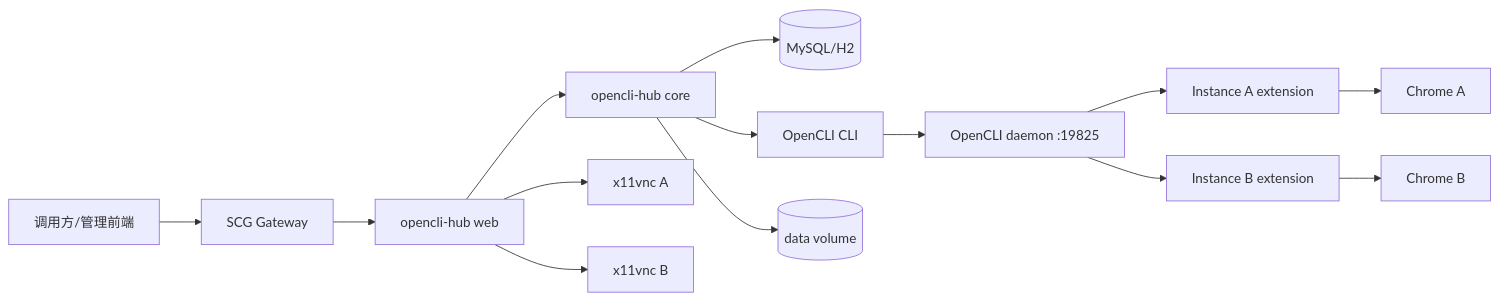
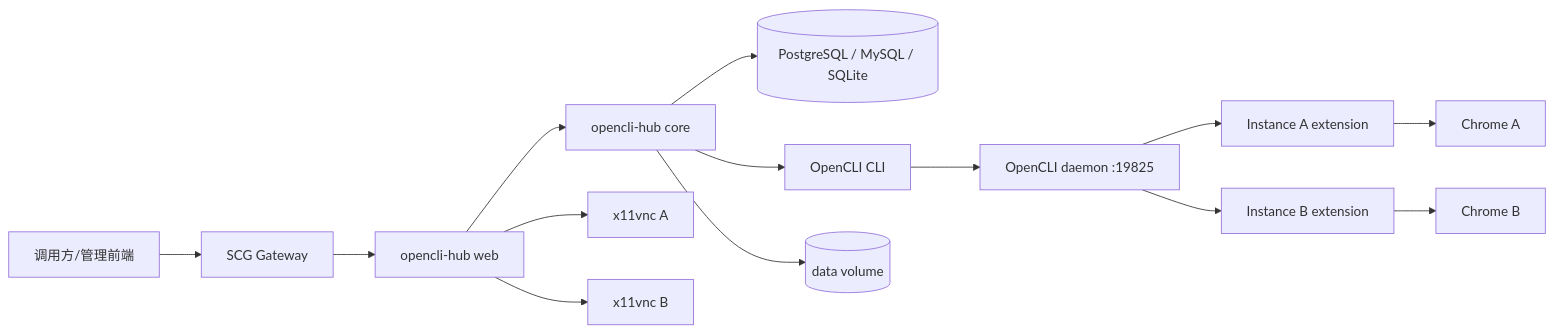
One commit to fengwk/opencli-hub changed the first of 3 diagrams in docs/technical-design.md. Above: the diagram before and after it, drawn with Mermaid. The commit also changed other lines of this file and 10 other files, not shown here.

````diff
--- a/docs/technical-design.md
+++ b/docs/technical-design.md
@@ -83,16 +83,16 @@
 ```mermaid
 flowchart LR
     Client[调用方/管理前端] --> SCG[SCG Gateway]
     SCG --> Web[opencli-hub web]
     Web --> Core[opencli-hub core]
-    Core --> DB[(MySQL/H2)]
+    Core --> DB[(PostgreSQL / MySQL / SQLite)]
     Core --> CLI[OpenCLI CLI]
     CLI --> Daemon[OpenCLI daemon :19825]
     Daemon --> Ext1[Instance A extension]
     Daemon --> Ext2[Instance B extension]
     Ext1 --> Chrome1[Chrome A]
     Ext2 --> Chrome2[Chrome B]
     Web --> VNC1[x11vnc A]
     Web --> VNC2[x11vnc B]
     Core --> FS[(data volume)]
 ```
````
